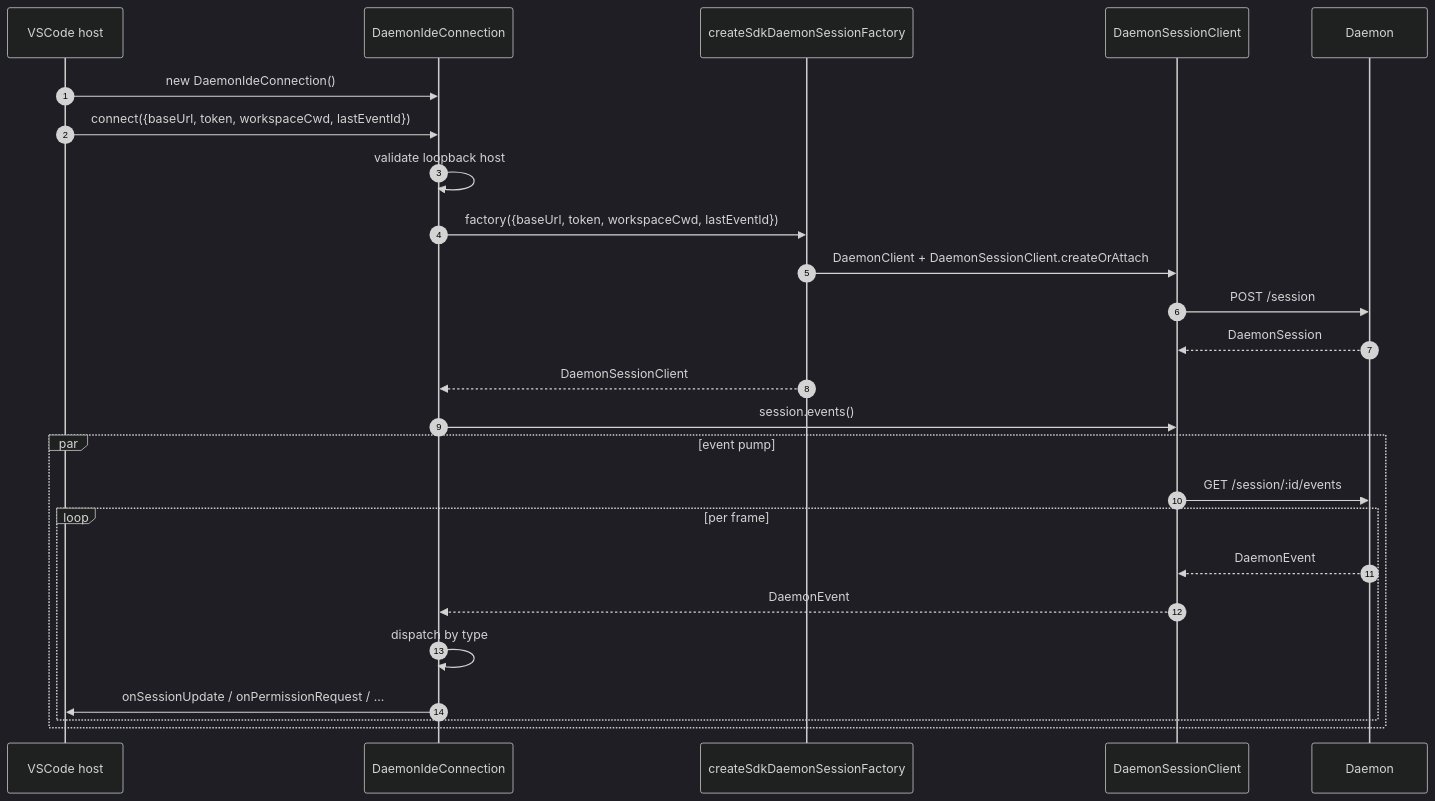
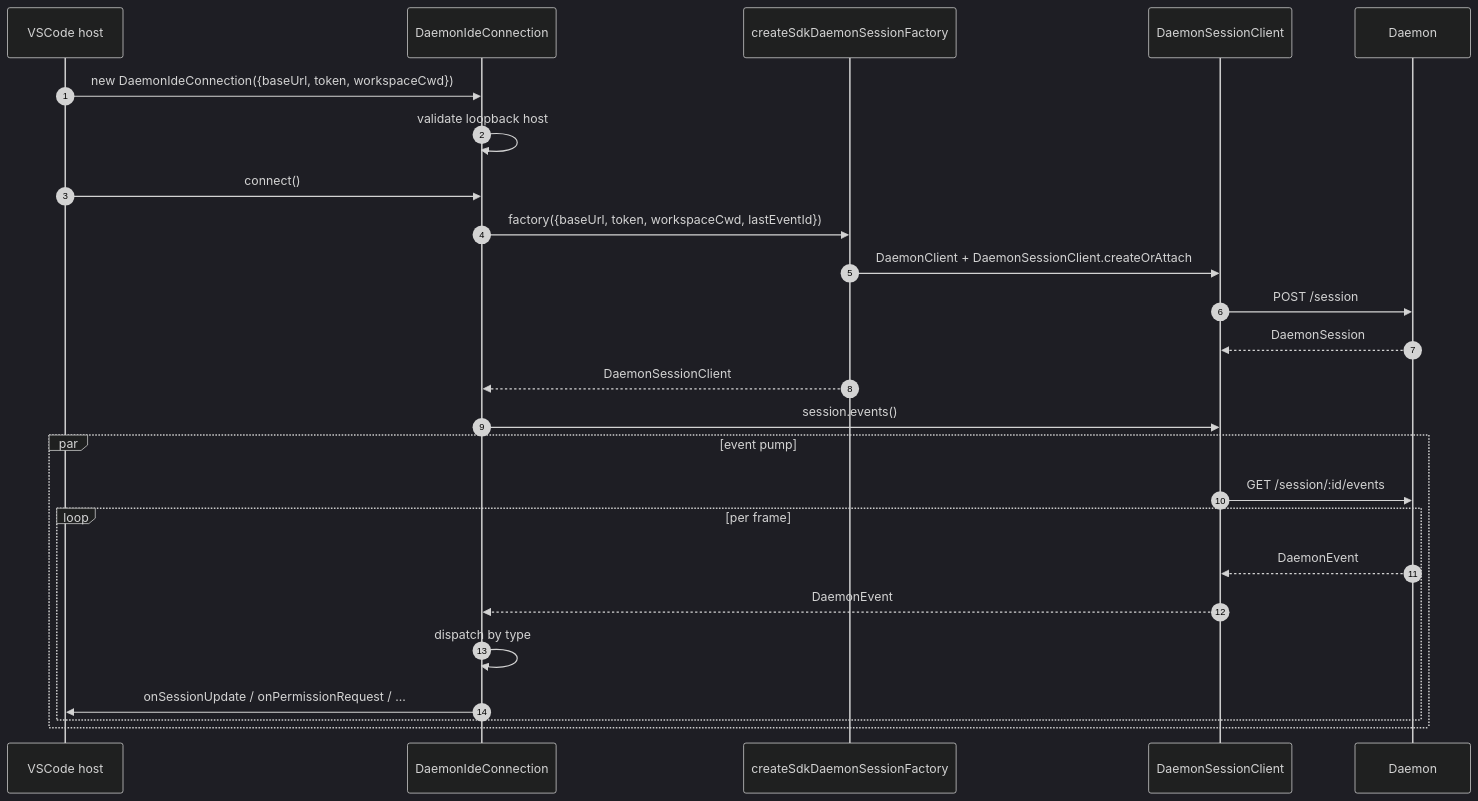
One commit to QwenLM/qwen-code changed the first of 3 diagrams in docs/developers/daemon/16-vscode-ide-adapter.md. Above: the diagram before and after it, drawn with Mermaid (dark theme). The commit also changed other lines of this file and 23 other files, not shown here.

````diff
--- a/docs/developers/daemon/16-vscode-ide-adapter.md
+++ b/docs/developers/daemon/16-vscode-ide-adapter.md
@@ -93,28 +90,28 @@
 ```mermaid
 sequenceDiagram
     autonumber
     participant H as VSCode host
     participant C as DaemonIdeConnection
     participant F as createSdkDaemonSessionFactory
     participant SDK as DaemonSessionClient
     participant D as Daemon
 
-    H->>C: new DaemonIdeConnection()
-    H->>C: connect({baseUrl, token, workspaceCwd, lastEventId})
+    H->>C: new DaemonIdeConnection({baseUrl, token, workspaceCwd})
     C->>C: validate loopback host
+    H->>C: connect()
     C->>F: factory({baseUrl, token, workspaceCwd, lastEventId})
     F->>SDK: DaemonClient + DaemonSessionClient.createOrAttach
     SDK->>D: POST /session
     D-->>SDK: DaemonSession
     F-->>C: DaemonSessionClient
     C->>SDK: session.events()
     par event pump
         SDK->>D: GET /session/:id/events
         loop per frame
             D-->>SDK: DaemonEvent
             SDK-->>C: DaemonEvent
             C->>C: dispatch by type
             C->>H: onSessionUpdate / onPermissionRequest / ...
         end
     end
 ```
````
